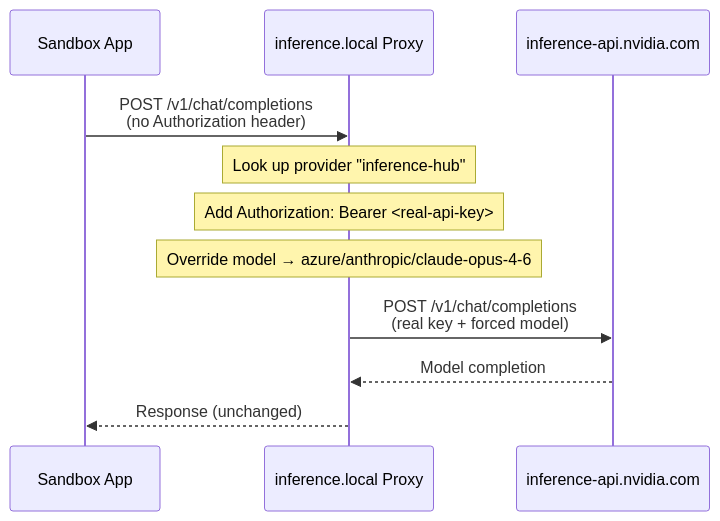
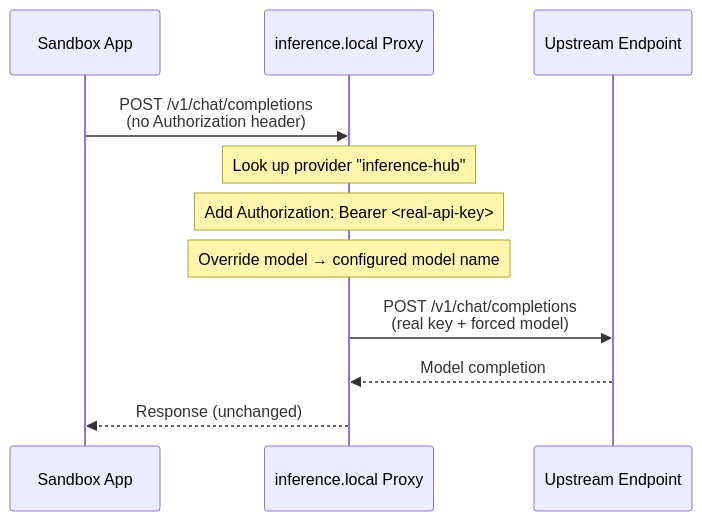
Before and after one commit to dpickem/nemoclaw_escapades: the second of 3 diagrams in docs/blog_posts/m1/m1_setting_up_nemoclaw.md, drawn with Mermaid. The commit also changed other lines of this file and 6 other files, not shown here.

First line of the commit message:
refactor: remove hardcoded inference endpoint from codebase

````diff
--- a/docs/blog_posts/m1/m1_setting_up_nemoclaw.md
+++ b/docs/blog_posts/m1/m1_setting_up_nemoclaw.md
@@ -485,14 +487,14 @@
 ```mermaid
 sequenceDiagram
     participant App as Sandbox App
     participant Proxy as inference.local Proxy
-    participant Hub as inference-api.nvidia.com
+    participant Hub as Upstream Endpoint
 
     App->>Proxy: POST /v1/chat/completions<br/>(no Authorization header)
     Note over Proxy: Look up provider "inference-hub"
     Note over Proxy: Add Authorization: Bearer <real-api-key>
-    Note over Proxy: Override model → azure/anthropic/claude-opus-4-6
+    Note over Proxy: Override model → configured model name
     Proxy->>Hub: POST /v1/chat/completions<br/>(real key + forced model)
     Hub-->>Proxy: Model completion
     Proxy-->>App: Response (unchanged)
 ```
````
